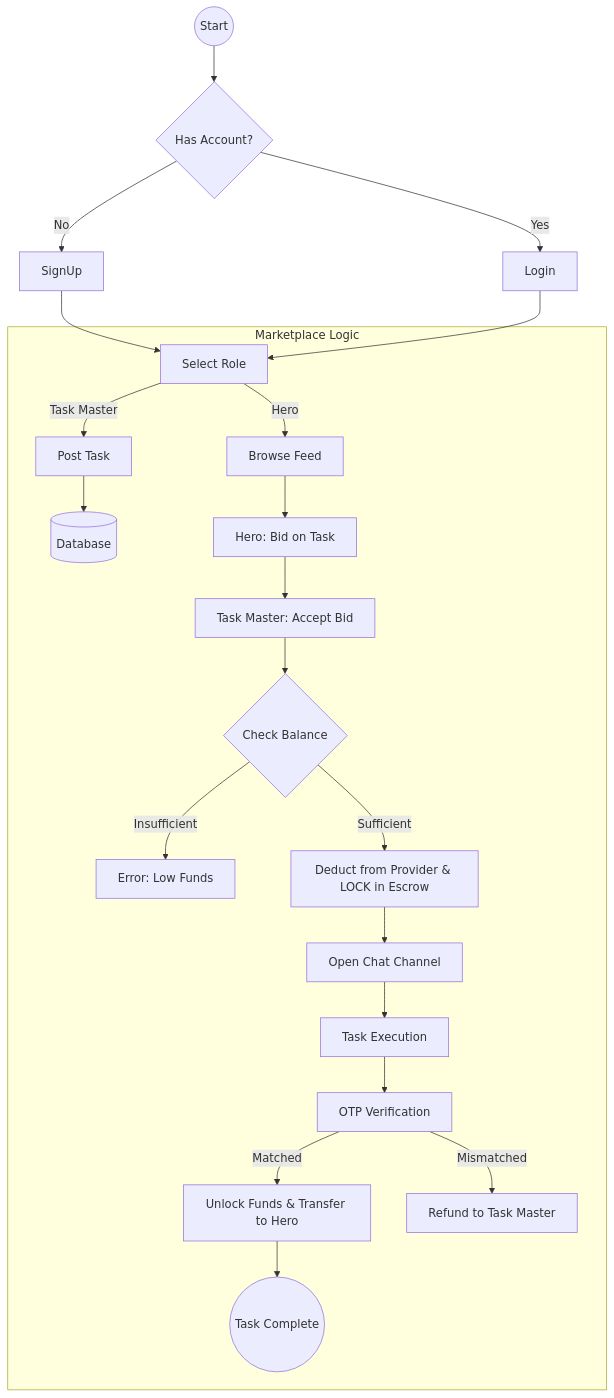
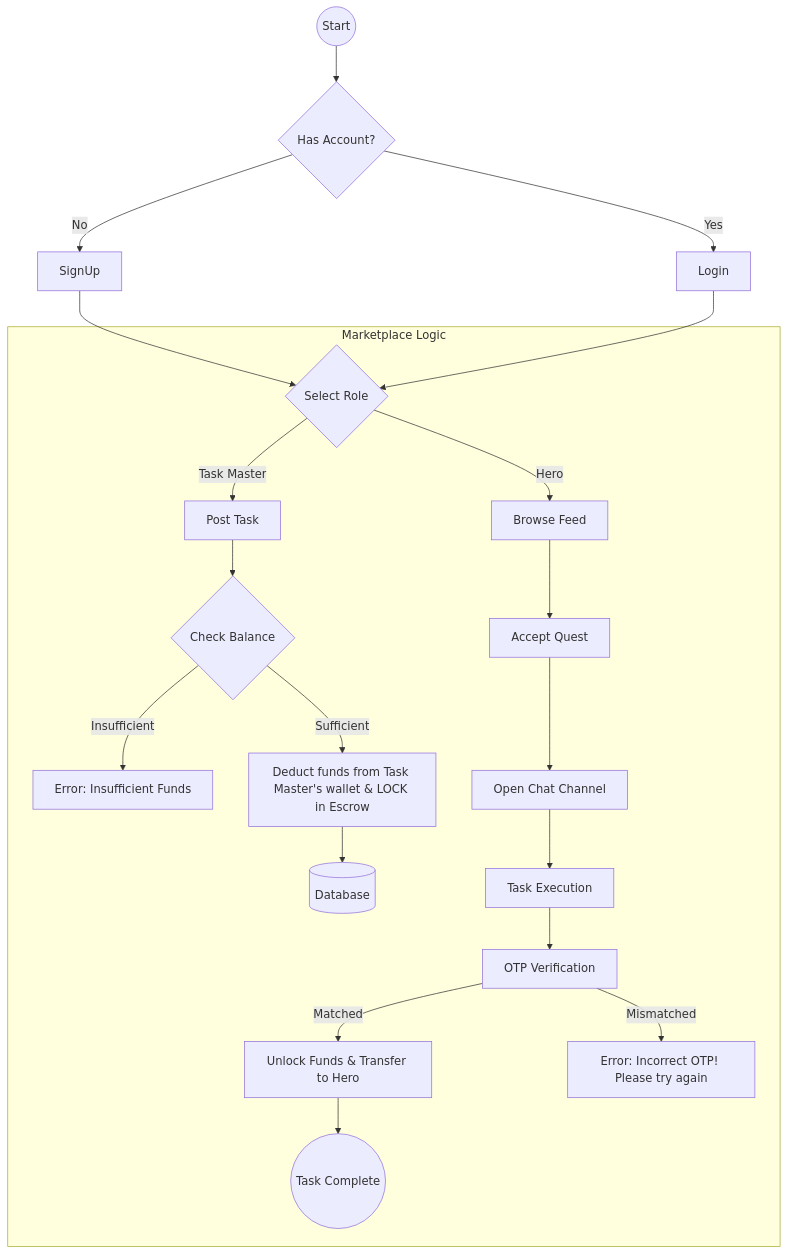
The second of 6 diagrams in TECHNICAL_ARCHITECTURE.md (arupdhara/arup-demo), drawn with Mermaid before and after one commit.

````diff
--- a/TECHNICAL_ARCHITECTURE.md
+++ b/TECHNICAL_ARCHITECTURE.md
@@ -16,33 +16,29 @@
 ```mermaid
 graph TD
     Start((Start)) --> Auth{Has Account?}
     Auth -- No --> SignUp
     Auth -- Yes --> Login[Login]
-    SignUp --> Dashboard[Select Role]
-    
-    Login --> Dashboard[Select Role]
+
+    SignUp --> Dashboard{Select Role}    
+    Login --> Dashboard
     
     subgraph "Marketplace Logic"
         Dashboard -- Task Master --> Post[Post Task]
         Dashboard -- Hero --> Feed[Browse Feed]
         
-        Post --> DB[(Database)]
-        Feed --> Bid[Hero: Bid on Task]
+        Post --> Deduct{Check Balance}
+        Deduct -- Insufficient --> Fail[Error: Insufficient Funds]
+        Deduct -- Sufficient --> Lock[Deduct funds from Task Master's wallet & LOCK in Escrow]
+        Lock --> DB[(Database)]
         
-        Bid --> Accept[Task Master: Accept Bid]
-        
-        %% Financial Step 1
-        Accept --> Deduct{Check Balance}
-        Deduct -- Insufficient --> Fail[Error: Low Funds]
-        Deduct -- Sufficient --> Lock[Deduct from Provider & LOCK in Escrow]
-        
-        Lock --> Chat[Open Chat Channel]
+        Feed --> Accept[Accept Quest]        
+        Accept --> Chat[Open Chat Channel]
         Chat --> Execute[Task Execution]
         Execute --> OTP[OTP Verification]
         
         %% Financial Step 2
         OTP -- Matched --> Release[Unlock Funds & Transfer to Hero]
-        OTP -- Mismatched --> Denied[Refund to Task Master]
+        OTP -- Mismatched --> Denied[Error: Incorrect OTP! Please try again]
         Release --> Finish((Task Complete))
     end
 ```
````
